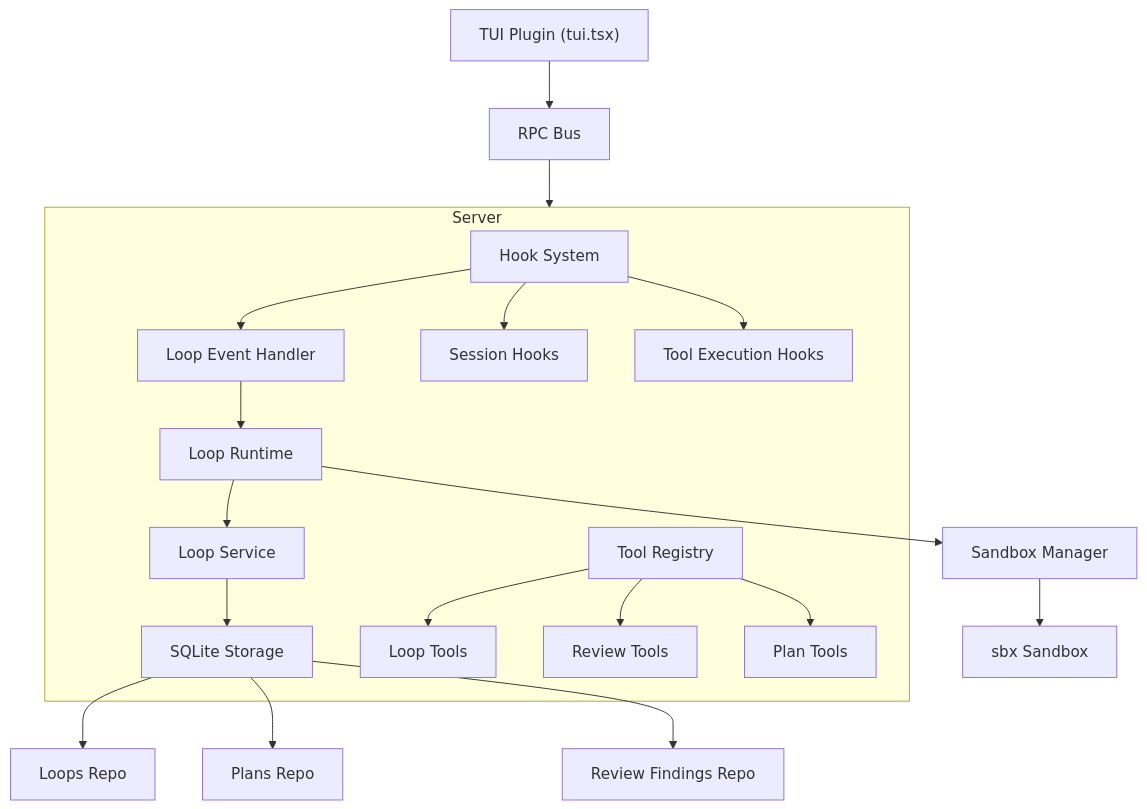
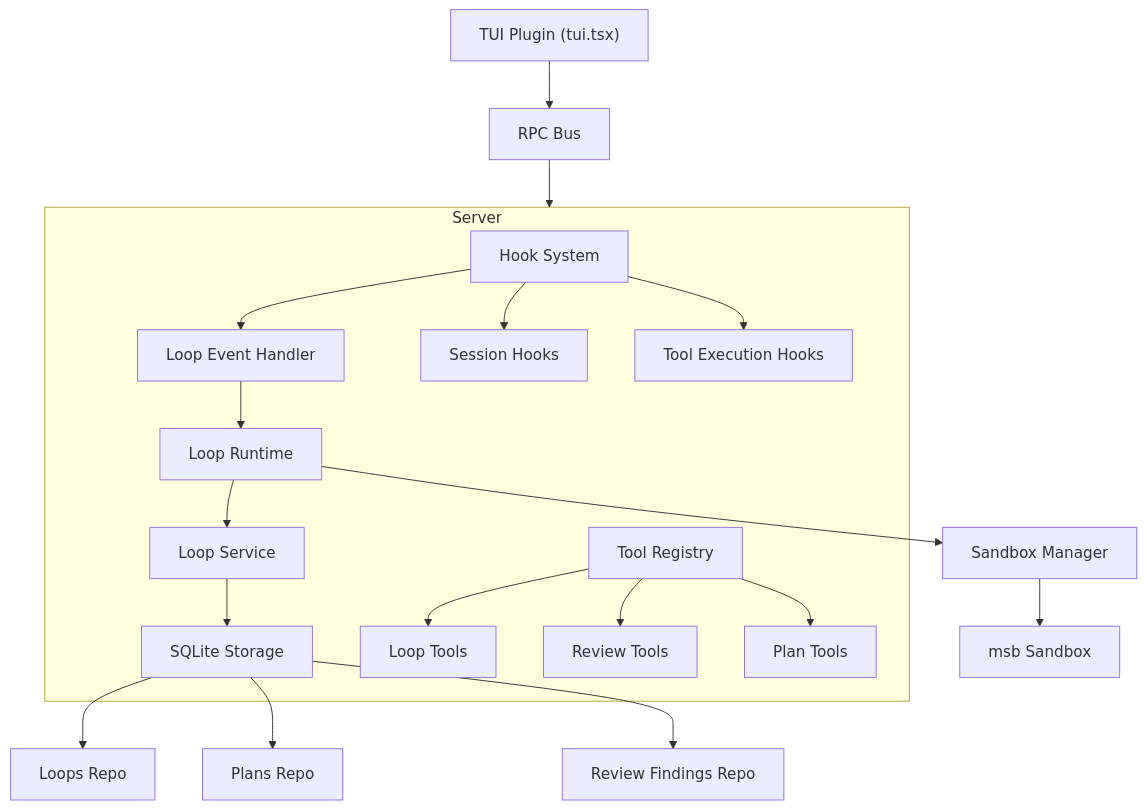
The diagram in docs/architecture.md (chriswritescode-dev/opencode-forge), drawn with Mermaid before and after one commit. The commit also changed other lines of this file and 114 other files, not shown here.

First line of the commit message:
refactor(sandbox): replace sbx runtime with msb driver (#95)

````diff
--- a/docs/architecture.md
+++ b/docs/architecture.md
@@ -233,26 +239,26 @@
 ```mermaid
 graph TD
     TUI["TUI Plugin (tui.tsx)"] --> RPC["RPC Bus"]
     RPC --> Server["Server Plugin (index.ts)"]
 
     subgraph Server
         Hooks["Hook System"] --> LoopHandler["Loop Event Handler"]
         Hooks --> SessionHooks["Session Hooks"]
         Hooks --> ToolHooks["Tool Execution Hooks"]
 
         LoopHandler --> LoopRuntime["Loop Runtime"]
         LoopRuntime --> LoopService["Loop Service"]
         LoopService --> SQLite["SQLite Storage"]
 
         Tools["Tool Registry"] --> LoopTools["Loop Tools"]
         Tools --> ReviewTools["Review Tools"]
         Tools --> PlanTools["Plan Tools"]
     end
 
     LoopRuntime --> SandboxManager["Sandbox Manager"]
-    SandboxManager --> Sbx["sbx Sandbox"]
+    SandboxManager --> Msb["msb Sandbox"]
 
     SQLite --> LoopsRepo["Loops Repo"]
     SQLite --> PlansRepo["Plans Repo"]
     SQLite --> ReviewRepo["Review Findings Repo"]
 ```
````
